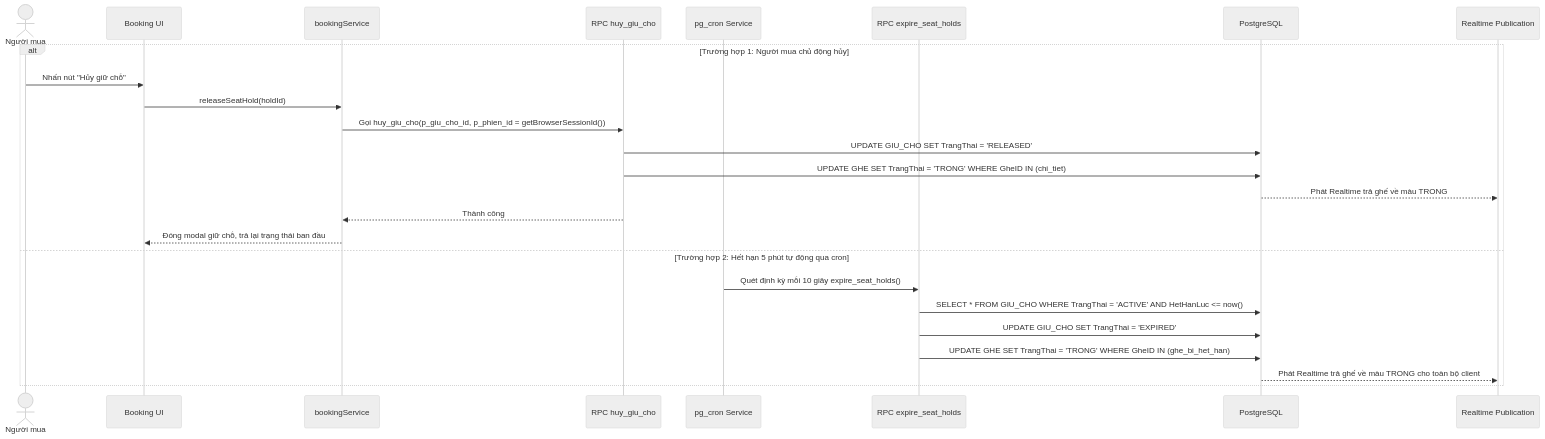
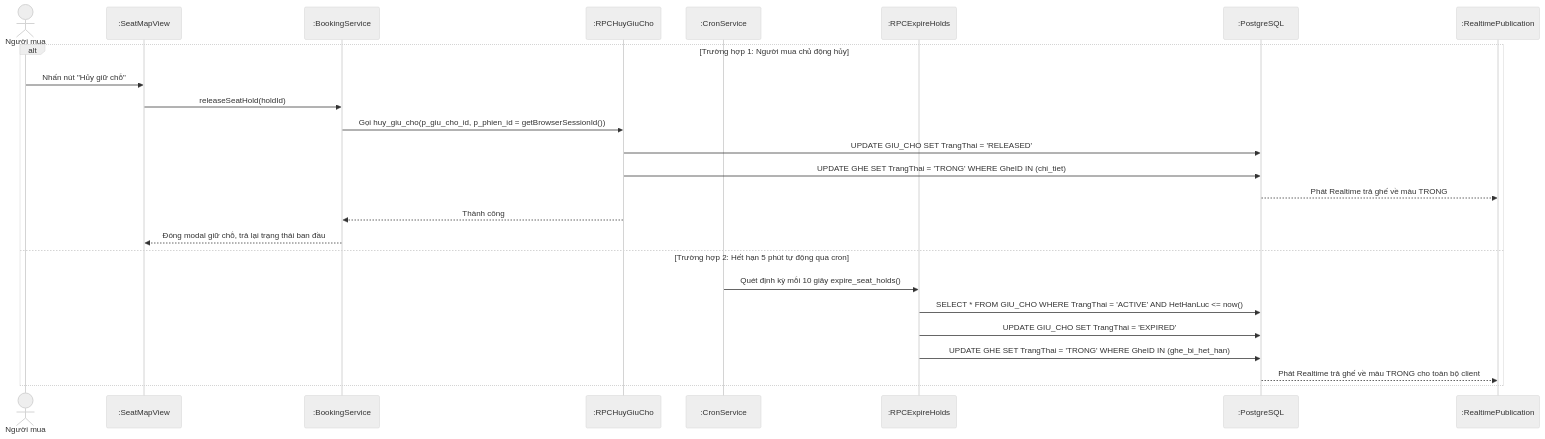
Before and after one commit to minhdc2011/EVENTTICKETING: diagram 15 of 16 in docs/sprint1-deliverables/02_ANALYSIS_AND_SYSTEM_DESIGN.md, drawn with Mermaid (neutral theme). The commit also changed other lines of this file, not shown here.

Commit message:
docs: add colon prefix to object lifelines in sequence diagrams

````diff
--- a/docs/sprint1-deliverables/02_ANALYSIS_AND_SYSTEM_DESIGN.md
+++ b/docs/sprint1-deliverables/02_ANALYSIS_AND_SYSTEM_DESIGN.md
@@ -1009,28 +1011,28 @@
 ```mermaid
 sequenceDiagram
   actor U as Người mua
-  participant UI as Booking UI
-  participant BS as bookingService
-  participant RPC_HUY as RPC huy_giu_cho
-  participant CRON as pg_cron Service
-  participant RPC_EXP as RPC expire_seat_holds
-  participant DB as PostgreSQL
-  participant WS as Realtime Publication
+  participant UI as :SeatMapView
+  participant BS as :BookingService
+  participant RPC_HUY as :RPCHuyGiuCho
+  participant CRON as :CronService
+  participant RPC_EXP as :RPCExpireHolds
+  participant DB as :PostgreSQL
+  participant WS as :RealtimePublication
 
   alt Trường hợp 1: Người mua chủ động hủy
     U->>UI: Nhấn nút "Hủy giữ chỗ"
     UI->>BS: releaseSeatHold(holdId)
     BS->>RPC_HUY: Gọi huy_giu_cho(p_giu_cho_id, p_phien_id = getBrowserSessionId())
     RPC_HUY->>DB: UPDATE GIU_CHO SET TrangThai = 'RELEASED'
     RPC_HUY->>DB: UPDATE GHE SET TrangThai = 'TRONG' WHERE GheID IN (chi_tiet)
     DB-->>WS: Phát Realtime trả ghế về màu TRONG
     RPC_HUY-->>BS: Thành công
     BS-->>UI: Đóng modal giữ chỗ, trả lại trạng thái ban đầu
   else Trường hợp 2: Hết hạn 5 phút tự động qua cron
     CRON->>RPC_EXP: Quét định kỳ mỗi 10 giây expire_seat_holds()
     RPC_EXP->>DB: SELECT * FROM GIU_CHO WHERE TrangThai = 'ACTIVE' AND HetHanLuc <= now()
     RPC_EXP->>DB: UPDATE GIU_CHO SET TrangThai = 'EXPIRED'
     RPC_EXP->>DB: UPDATE GHE SET TrangThai = 'TRONG' WHERE GheID IN (ghe_bi_het_han)
     DB-->>WS: Phát Realtime trả ghế về màu TRONG cho toàn bộ client
   end
 ```
````
